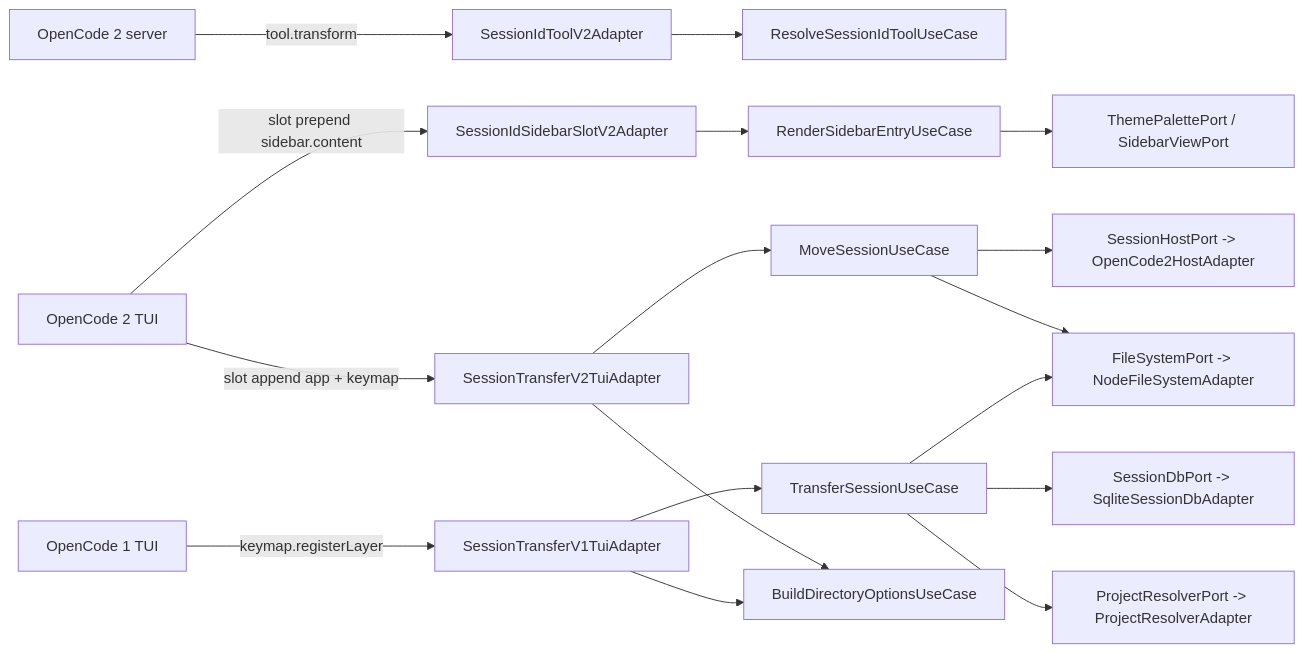
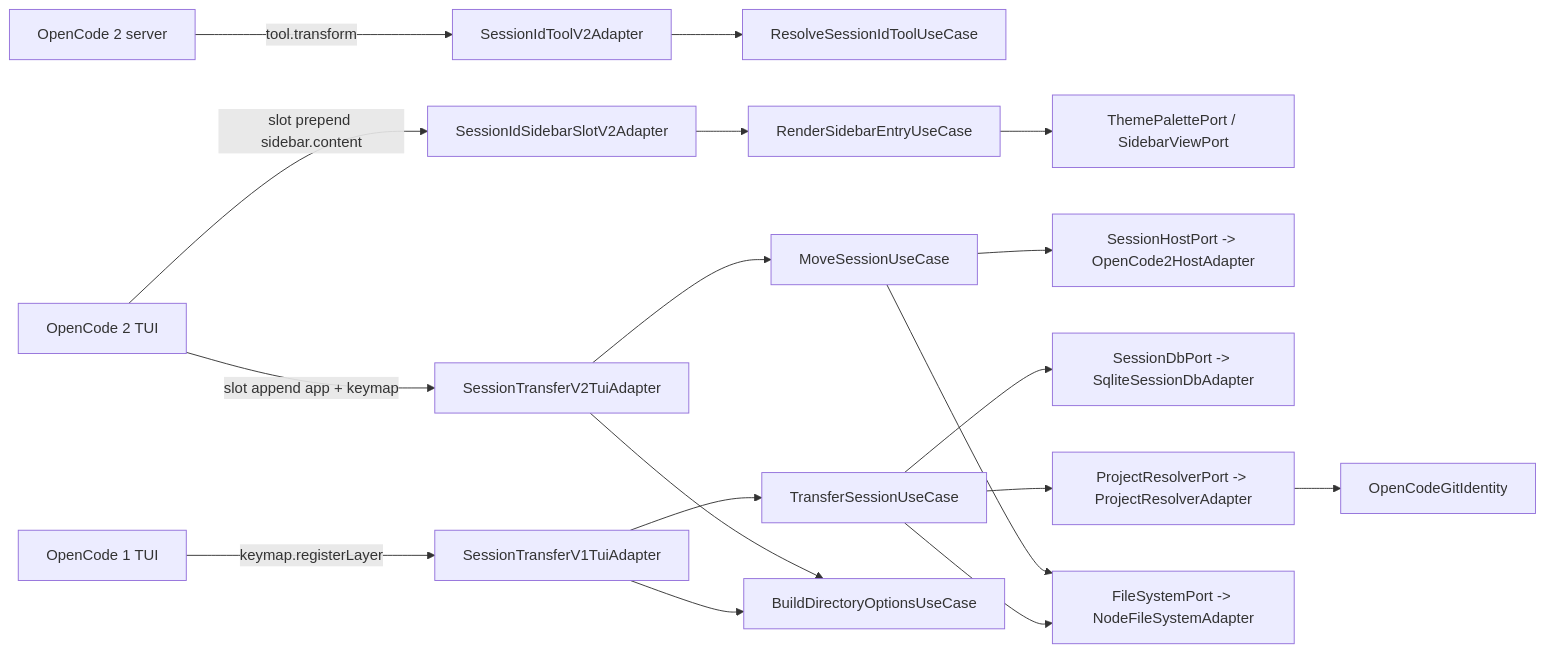
The first of 3 diagrams in README.md (mavasbel-devtools/opencode-session-manager), drawn with Mermaid before and after one commit. The commit also changed other lines of this file and 10 other files, not shown here.

First line of the commit message:
refactor: one OpenCode git identity for both project resolvers, fixed to OpenCode's rules

````diff
--- a/README.md
+++ b/README.md
@@ -510,19 +511,20 @@
 ```mermaid
 flowchart LR
     SRV[OpenCode 2 server] -->|tool.transform| TA[SessionIdToolV2Adapter]
     TUI2[OpenCode 2 TUI] -->|slot prepend sidebar.content| SB[SessionIdSidebarSlotV2Adapter]
     TUI2 -->|slot append app + keymap| T2[SessionTransferV2TuiAdapter]
     TUI1[OpenCode 1 TUI] -->|keymap.registerLayer| T1[SessionTransferV1TuiAdapter]
     TA --> RU[ResolveSessionIdToolUseCase]
     SB --> RE[RenderSidebarEntryUseCase]
     T2 --> MS[MoveSessionUseCase]
     T1 --> TS[TransferSessionUseCase]
     T2 --> BD[BuildDirectoryOptionsUseCase]
     T1 --> BD
     RE --> TP[ThemePalettePort / SidebarViewPort]
     MS --> HP[SessionHostPort -> OpenCode2HostAdapter]
     TS --> DB[SessionDbPort -> SqliteSessionDbAdapter]
     TS --> PR[ProjectResolverPort -> ProjectResolverAdapter]
+    PR --> OGI2[OpenCodeGitIdentity]
     MS --> FS[FileSystemPort -> NodeFileSystemAdapter]
     TS --> FS
 ```
````
